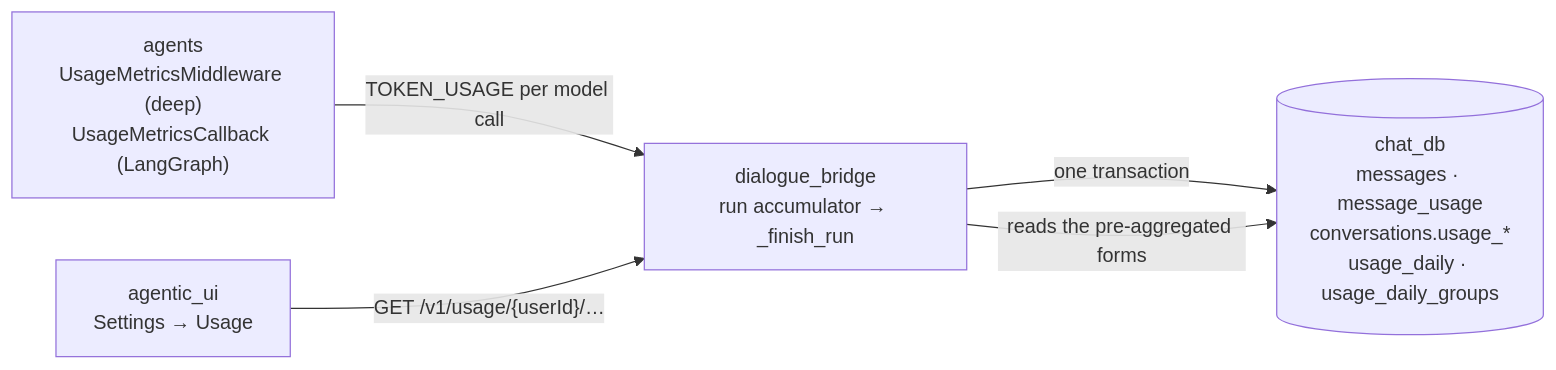
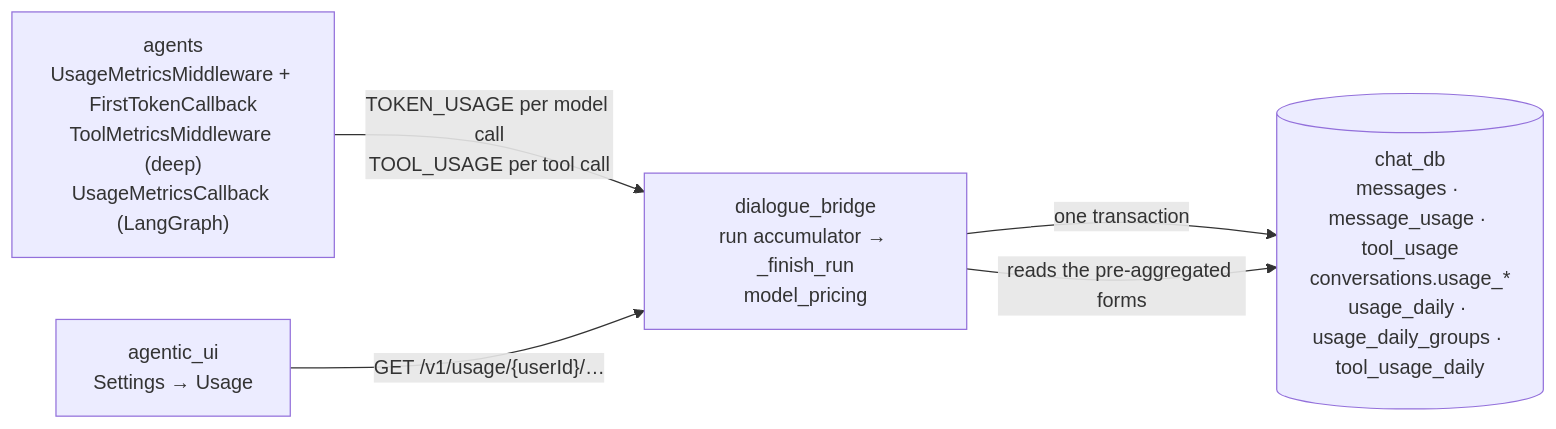
One commit to konstantinosmpouros/mAgenticX changed the first of 3 diagrams in docs/flows/usage-analytics.md. Above: the diagram before and after it, drawn with Mermaid. The commit also changed other lines of this file and 74 other files, not shown here.

````diff
--- a/docs/flows/usage-analytics.md
+++ b/docs/flows/usage-analytics.md
@@ -26,7 +34,7 @@
 ```mermaid
 flowchart LR
-    A["agents<br/>UsageMetricsMiddleware (deep)<br/>UsageMetricsCallback (LangGraph)"] -->|"TOKEN_USAGE per model call"| B["dialogue_bridge<br/>run accumulator → _finish_run"]
-    B -->|"one transaction"| C[("chat_db<br/>messages · message_usage<br/>conversations.usage_*<br/>usage_daily · usage_daily_groups")]
+    A["agents<br/>UsageMetricsMiddleware + FirstTokenCallback<br/>ToolMetricsMiddleware (deep)<br/>UsageMetricsCallback (LangGraph)"] -->|"TOKEN_USAGE per model call<br/>TOOL_USAGE per tool call"| B["dialogue_bridge<br/>run accumulator → _finish_run<br/>model_pricing"]
+    B -->|"one transaction"| C[("chat_db<br/>messages · message_usage · tool_usage<br/>conversations.usage_*<br/>usage_daily · usage_daily_groups · tool_usage_daily")]
     D["agentic_ui<br/>Settings → Usage"] -->|"GET /v1/usage/{userId}/…"| B
     B -->|"reads the pre-aggregated forms"| C
 ```
````
